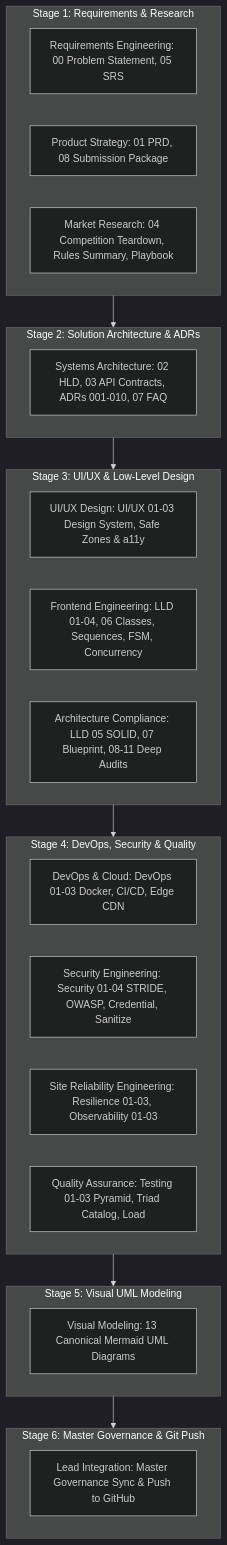
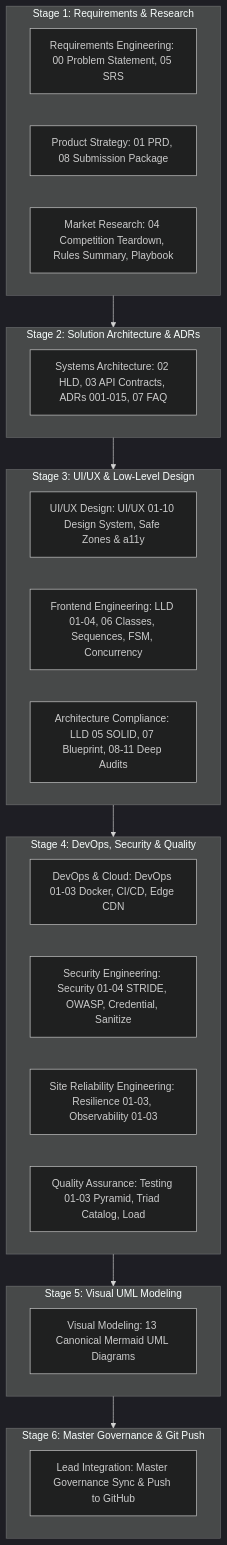
The first of 2 diagrams in docs/management/02-service-orchestration-dag.md (piyushmakhija28/countdown-lockscreen-challenge), drawn with Mermaid (dark theme) before and after one commit. The commit also changed other lines of this file and 13 other files, not shown here.

Commit message:
chore(architecture): resolve foundational system design, invariant taxonomy & diagram parity gaps (v2.3.3) (#9)

````diff
--- a/docs/management/02-service-orchestration-dag.md
+++ b/docs/management/02-service-orchestration-dag.md
@@ -16,39 +16,39 @@
 ```mermaid
 graph TD
     subgraph Discovery [Stage 1: Requirements & Research]
         BA[Requirements Engineering: 00 Problem Statement, 05 SRS]
         PM[Product Strategy: 01 PRD, 08 Submission Package]
         Research[Market Research: 04 Competition Teardown, Rules Summary, Playbook]
     end
 
     subgraph Architecture [Stage 2: Solution Architecture & ADRs]
-        SA[Systems Architecture: 02 HLD, 03 API Contracts, ADRs 001-010, 07 FAQ]
+        SA[Systems Architecture: 02 HLD, 03 API Contracts, ADRs 001-015, 07 FAQ]
     end
 
     subgraph DesignAndLLD [Stage 3: UI/UX & Low-Level Design]
-        UI[UI/UX Design: UI/UX 01-03 Design System, Safe Zones & a11y]
+        UI[UI/UX Design: UI/UX 01-10 Design System, Safe Zones & a11y]
         ReactEng[Frontend Engineering: LLD 01-04, 06 Classes, Sequences, FSM, Concurrency]
         Auditor[Architecture Compliance: LLD 05 SOLID, 07 Blueprint, 08-11 Deep Audits]
     end
 
     subgraph Hardening [Stage 4: DevOps, Security & Quality]
         DevOps[DevOps & Cloud: DevOps 01-03 Docker, CI/CD, Edge CDN]
         Security[Security Engineering: Security 01-04 STRIDE, OWASP, Credential, Sanitize]
         SRE[Site Reliability Engineering: Resilience 01-03, Observability 01-03]
         QA[Quality Assurance: Testing 01-03 Pyramid, Triad Catalog, Load]
     end
 
     subgraph Modeling [Stage 5: Visual UML Modeling]
         UML[Visual Modeling: 13 Canonical Mermaid UML Diagrams]
     end
 
     subgraph Assembly [Stage 6: Master Governance & Git Push]
         Orchestrator[Lead Integration: Master Governance Sync & Push to GitHub]
     end
 
     Discovery --> Architecture
     Architecture --> DesignAndLLD
     DesignAndLLD --> Hardening
     Hardening --> Modeling
     Modeling --> Assembly
 ```
````
